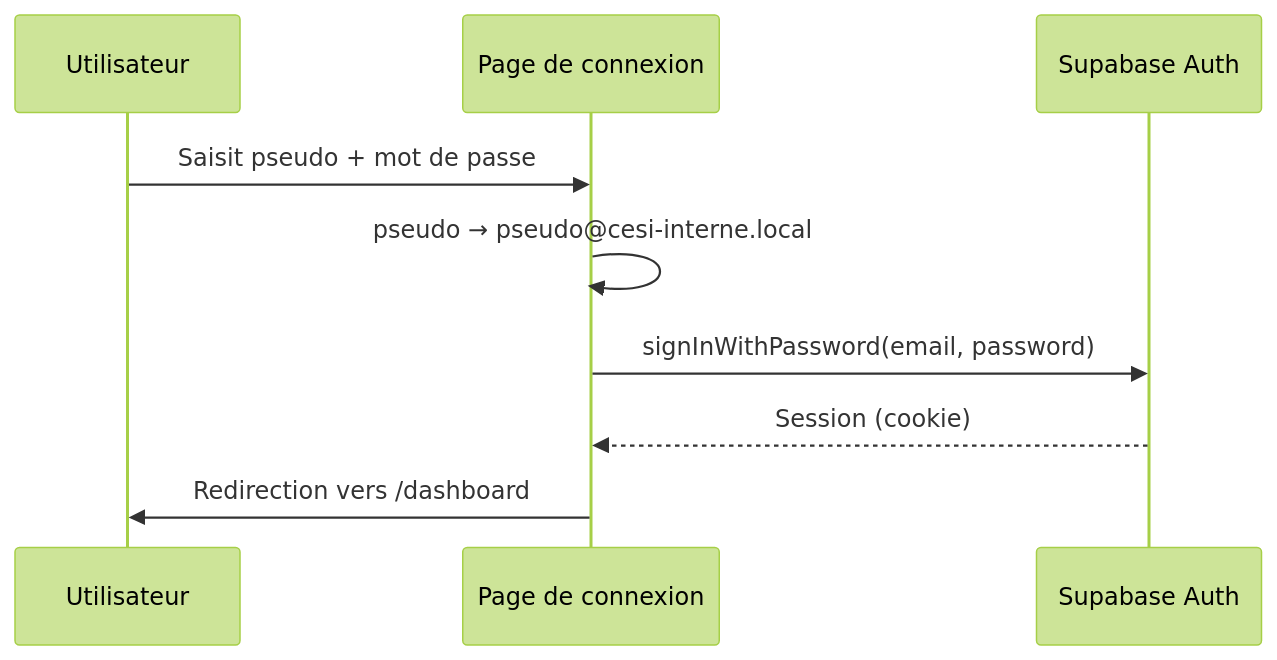
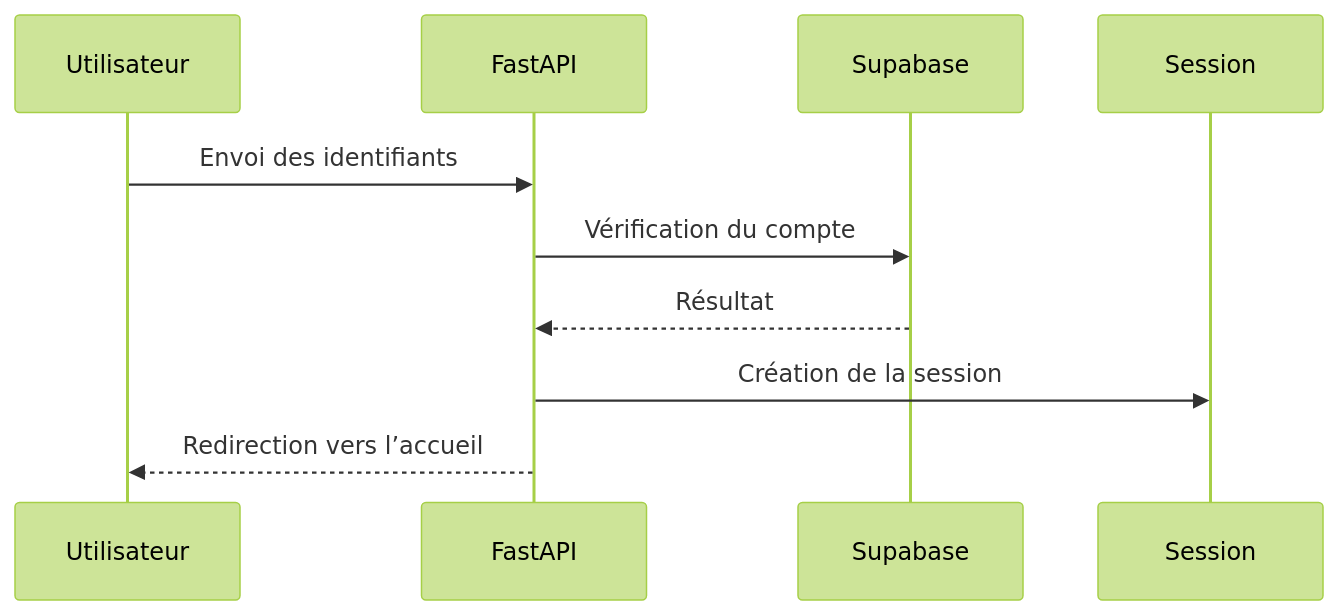
One commit to julesh17/cesi-edt changed the eighth of 10 diagrams in README.md. Above: the diagram before and after it, drawn with Mermaid (forest theme). The commit also changed other lines of this file and 48 other files, not shown here.

````diff
--- a/README.md
+++ b/README.md
@@ -245,11 +518,13 @@
 ```mermaid
 sequenceDiagram
     participant U as Utilisateur
-    participant L as Page de connexion
-    participant A as Supabase Auth
-    U->>L: Saisit pseudo + mot de passe
-    L->>L: pseudo → pseudo@cesi-interne.local
-    L->>A: signInWithPassword(email, password)
-    A-->>L: Session (cookie)
-    L->>U: Redirection vers /dashboard
+    participant F as FastAPI
+    participant S as Supabase
+    participant Session as Session
+
+    U->>F: Envoi des identifiants
+    F->>S: Vérification du compte
+    S-->>F: Résultat
+    F->>Session: Création de la session
+    F-->>U: Redirection vers l’accueil
 ```
````
